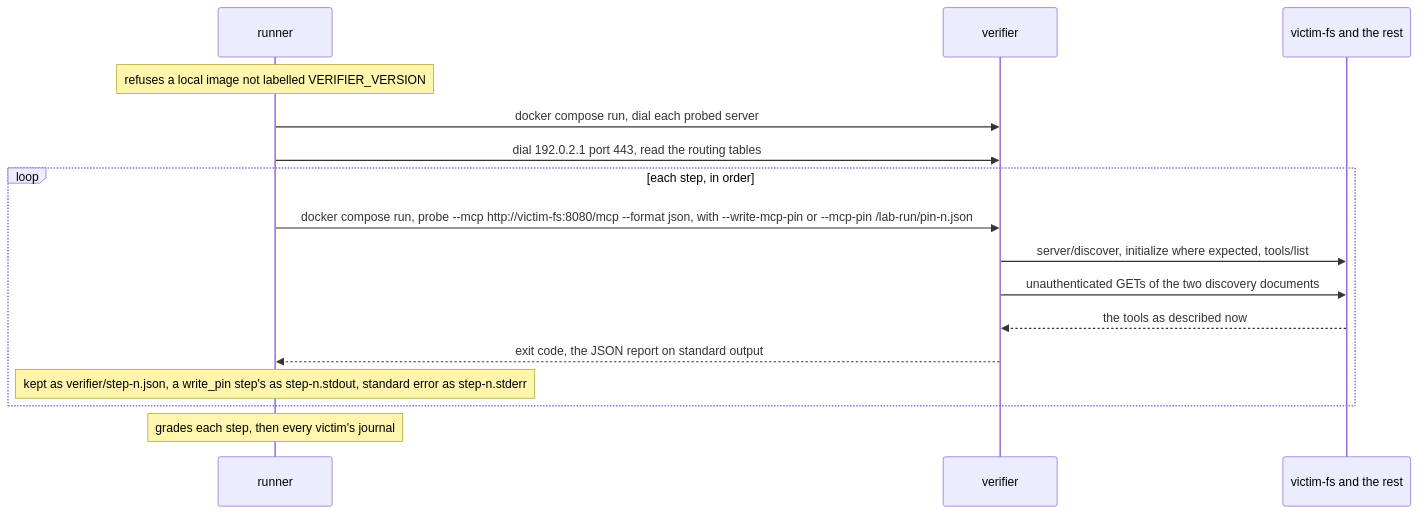
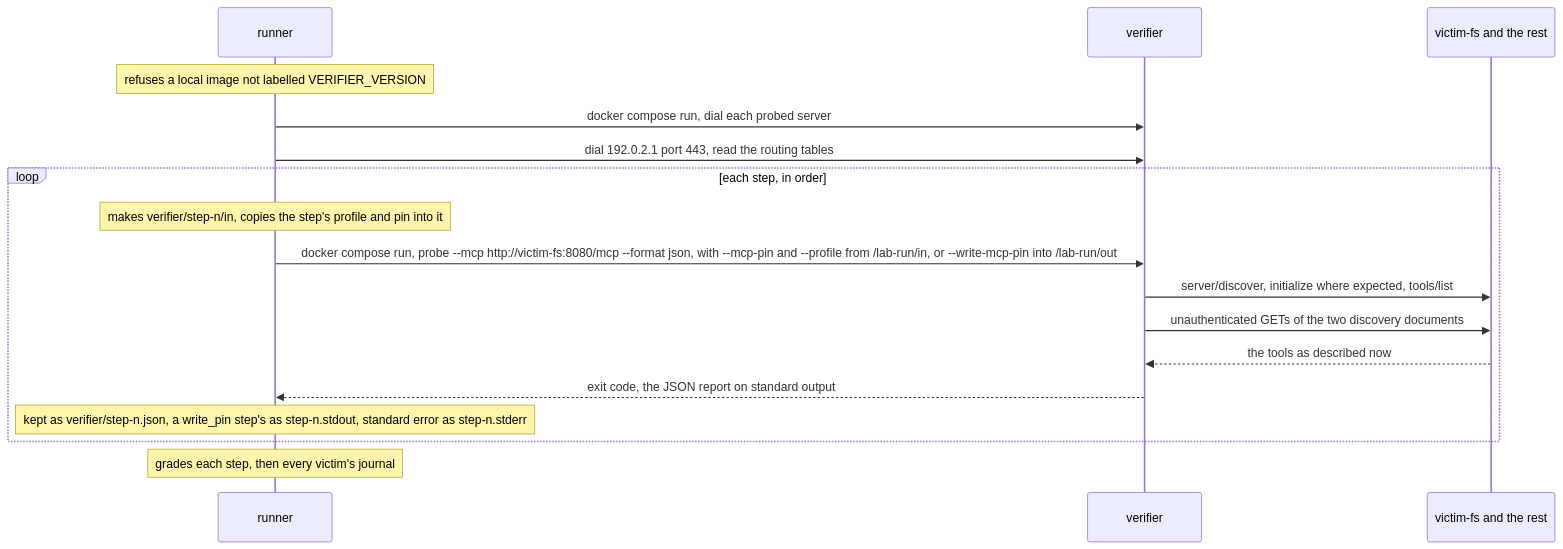
The first of 2 diagrams in docs/how-it-works/verifier-run.md (guardana/playground), drawn with Mermaid before and after one commit. The commit also changed other lines of this file and 33 other files, not shown here.

````diff
--- a/docs/how-it-works/verifier-run.md
+++ b/docs/how-it-works/verifier-run.md
@@ -26,18 +26,19 @@
 ```mermaid
 sequenceDiagram
   participant runner
   participant verifier
   participant victim as victim-fs and the rest
   Note over runner: refuses a local image not labelled VERIFIER_VERSION
   runner->>verifier: docker compose run, dial each probed server
   runner->>verifier: dial 192.0.2.1 port 443, read the routing tables
   loop each step, in order
-    runner->>verifier: docker compose run, probe --mcp http://victim-fs:8080/mcp --format json, with --write-mcp-pin or --mcp-pin /lab-run/pin-n.json
+    Note over runner: makes verifier/step-n/in, copies the step's profile and pin into it
+    runner->>verifier: docker compose run, probe --mcp http://victim-fs:8080/mcp --format json, with --mcp-pin and --profile from /lab-run/in, or --write-mcp-pin into /lab-run/out
     verifier->>victim: server/discover, initialize where expected, tools/list
     verifier->>victim: unauthenticated GETs of the two discovery documents
     victim-->>verifier: the tools as described now
     verifier-->>runner: exit code, the JSON report on standard output
     Note over runner: kept as verifier/step-n.json, a write_pin step's as step-n.stdout, standard error as step-n.stderr
   end
   Note over runner: grades each step, then every victim's journal
 ```
````
